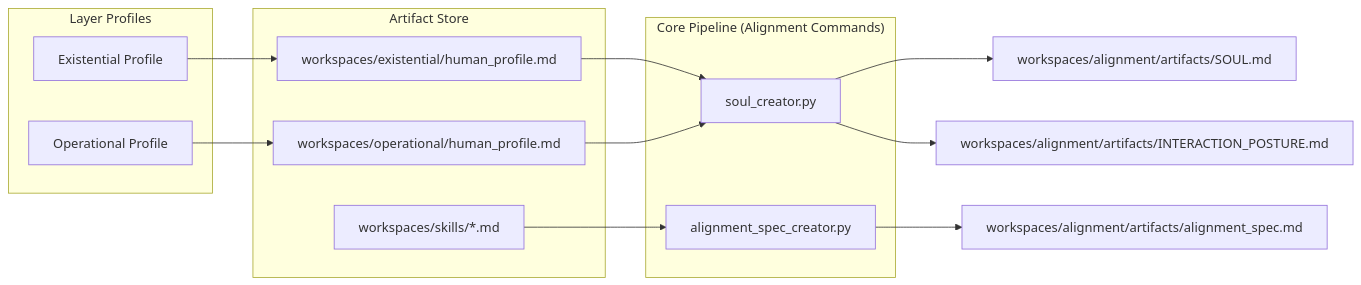
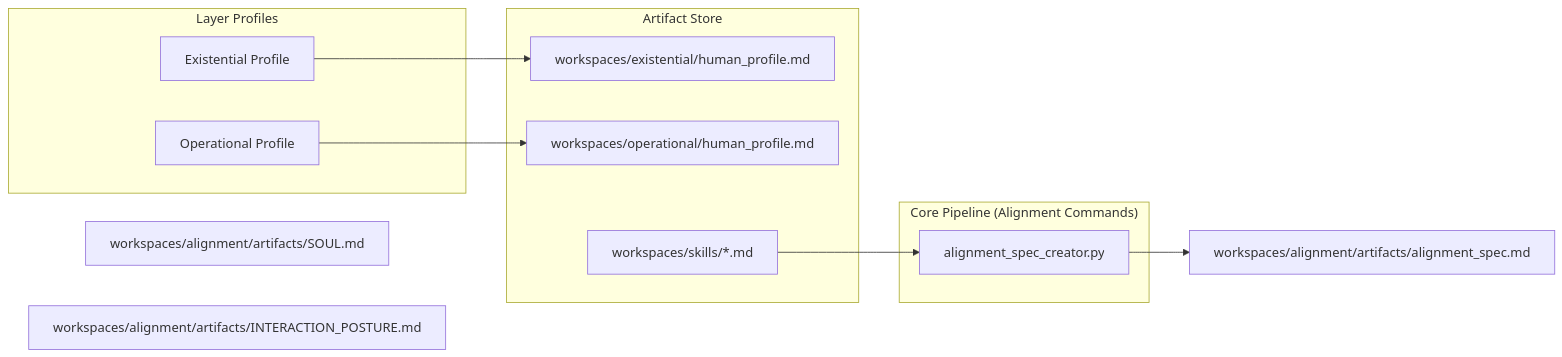
The first of 2 diagrams in docs/Alignment-Profile.md (Cody-W-Tucker/Cognitive-Assistant), drawn with Mermaid before and after one commit. The commit also changed other lines of this file and 52 other files, not shown here.

````diff
--- a/docs/Alignment-Profile.md
+++ b/docs/Alignment-Profile.md
@@ -27,27 +27,22 @@
 ```mermaid
 flowchart LR
     SOUL["workspaces/alignment/artifacts/SOUL.md"]
     ARCH["workspaces/alignment/artifacts/INTERACTION_POSTURE.md"]
     SPEC["workspaces/alignment/artifacts/alignment_spec.md"]
     subgraph subGraph2 ["Artifact Store"]
         HP_E["workspaces/existential/human_profile.md"]
         HP_O["workspaces/operational/human_profile.md"]
         SKILLS["workspaces/skills/*.md"]
     end
     subgraph subGraph1 ["Core Pipeline (Alignment Commands)"]
-        SC["soul_creator.py"]
         ASC["alignment_spec_creator.py"]
     end
     subgraph subGraph0 ["Layer Profiles"]
         EP["Existential Profile"]
         OP["Operational Profile"]
     end
     EP --> HP_E
     OP --> HP_O
-    HP_E --> SC
-    HP_O --> SC
     SKILLS --> ASC
-    SC --> SOUL
-    SC --> ARCH
     ASC --> SPEC
 ```
````
